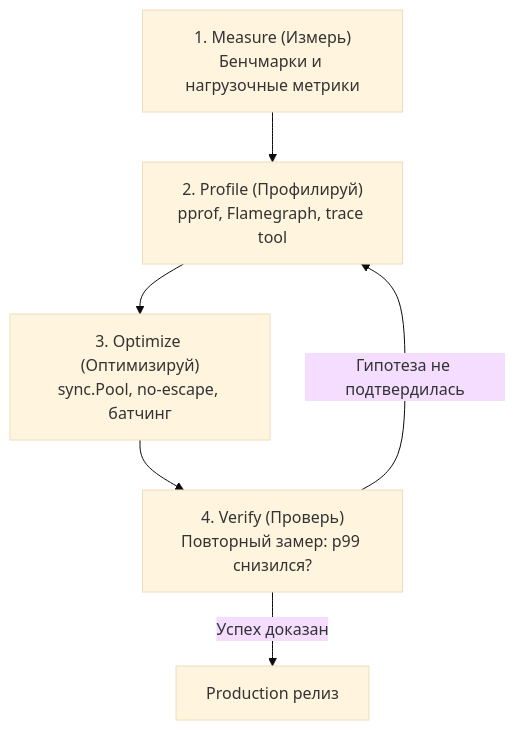
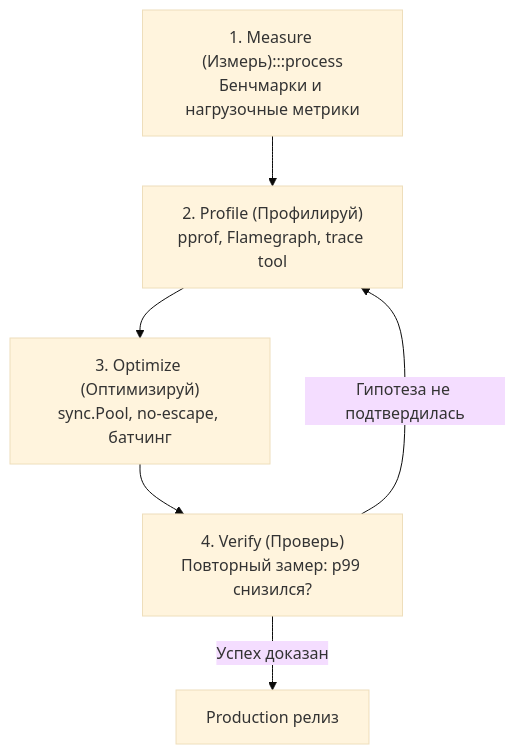
One commit to UnrealTemplier/go-textbook changed the third of 3 diagrams in sources/16. Профилирование, отладка и производительность/01. Фундамент/1. Обзор раздела. Как мыслить о производительности.md. Above: the diagram before and after it, drawn with Mermaid (base theme). The commit also changed other lines of this file and 1666 other files, not shown here.

First line of the commit message:
feat(mermaid): add semantic color classDef to 1369 colorless flowchart/graph diagrams

````diff
--- a/sources/16. Профилирование, отладка и производительность/01. Фундамент/1. Обзор раздела. Как мыслить о производительности.md
+++ b/sources/16. Профилирование, отладка и производительность/01. Фундамент/1. Обзор раздела. Как мыслить о производительности.md
@@ -153,8 +173,18 @@
 ```mermaid
 flowchart TD
-    M["1. Measure (Измерь)<br/>Бенчмарки и нагрузочные метрики"] --> P["2. Profile (Профилируй)<br/>pprof, Flamegraph, trace tool"]
+    classDef process  fill:#1e293b,stroke:#38bdf8,stroke-width:1px,color:#f8fafc
+    classDef success  fill:#064e3b,stroke:#34d399,stroke-width:1px,color:#f8fafc
+    classDef error    fill:#7f1d1d,stroke:#f87171,stroke-width:1px,color:#f8fafc
+    classDef warning  fill:#78350f,stroke:#fbbf24,stroke-width:1px,color:#f8fafc
+    classDef entry    fill:#1e3a5f,stroke:#38bdf8,stroke-width:2px,color:#f8fafc
+    classDef aux      fill:#334155,stroke:#64748b,stroke-width:1px,color:#f8fafc
+    classDef system   fill:#312e81,stroke:#a78bfa,stroke-width:1px,color:#f8fafc
+    classDef data     fill:#132d29,stroke:#2dd4bf,stroke-width:1px,color:#f8fafc
+    classDef network  fill:#881337,stroke:#fb7185,stroke-width:1px,color:#f8fafc
+    classDef accent   fill:#1e1b4b,stroke:#818cf8,stroke-width:1px,color:#f8fafc
+    M["1. Measure (Измерь):::process<br/>Бенчмарки и нагрузочные метрики"] --> P["2. Profile (Профилируй)<br/>pprof, Flamegraph, trace tool"]
     P --> O["3. Optimize (Оптимизируй)<br/>sync.Pool, no-escape, батчинг"]
     O --> V["4. Verify (Проверь)<br/>Повторный замер: p99 снизился?"]
     V -->|Гипотеза не подтвердилась| P
     V -->|Успех доказан| Done["Production релиз"]
 ```
````
